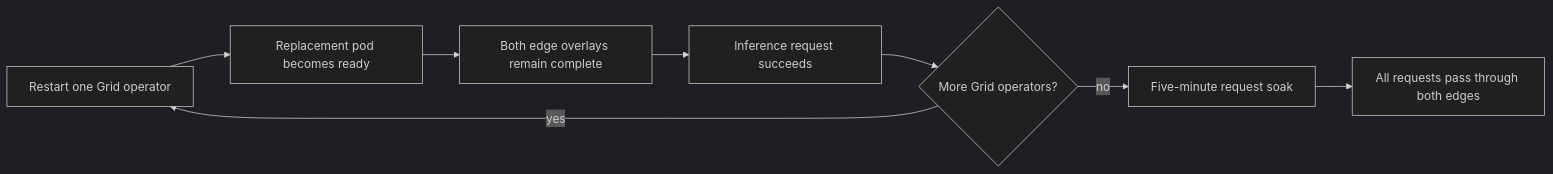
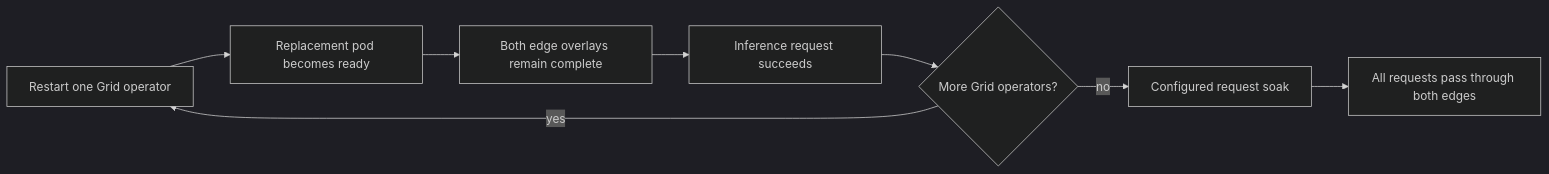
The seventh of 7 diagrams in environments/grid-glb-demo/README.md (hexfusion/grid), drawn with Mermaid (dark theme) before and after one commit. The commit also changed other lines of this file and 1 other file, not shown here.

````diff
--- a/environments/grid-glb-demo/README.md
+++ b/environments/grid-glb-demo/README.md
@@ -846,10 +880,10 @@
 ```mermaid
 flowchart LR
     Restart[Restart one Grid operator] --> Ready[Replacement pod becomes ready]
     Ready --> Overlay[Both edge overlays remain complete]
     Overlay --> Request[Inference request succeeds]
     Request --> Next{More Grid operators?}
     Next -->|yes| Restart
-    Next -->|no| Soak[Five-minute request soak]
+    Next -->|no| Soak[Configured request soak]
     Soak --> Proof[All requests pass through both edges]
 ```
````
